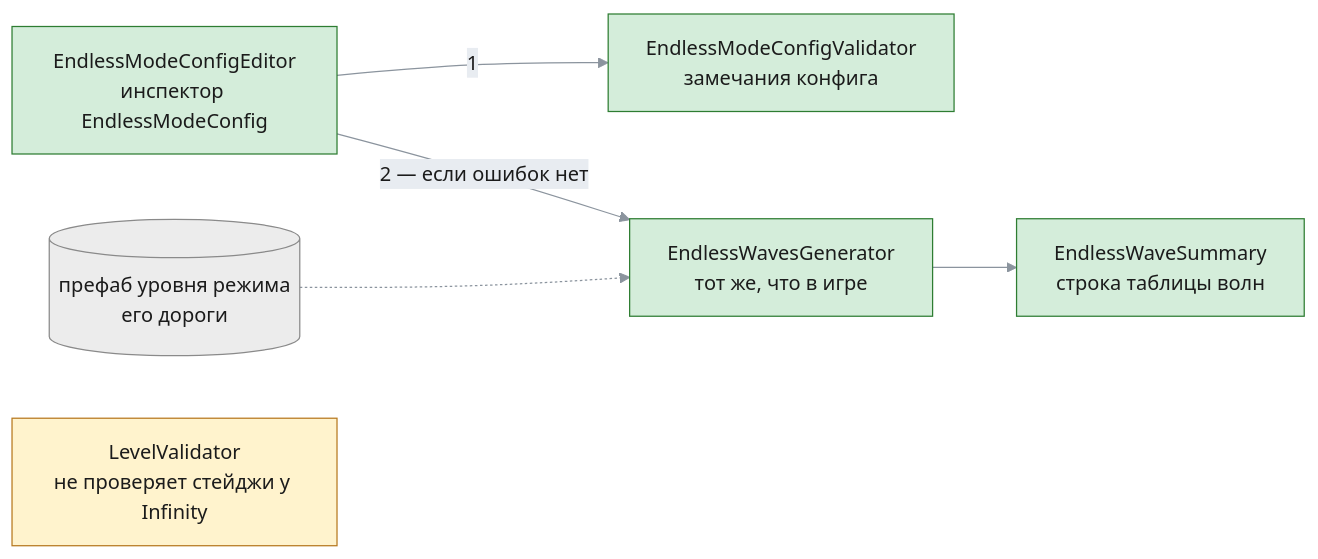
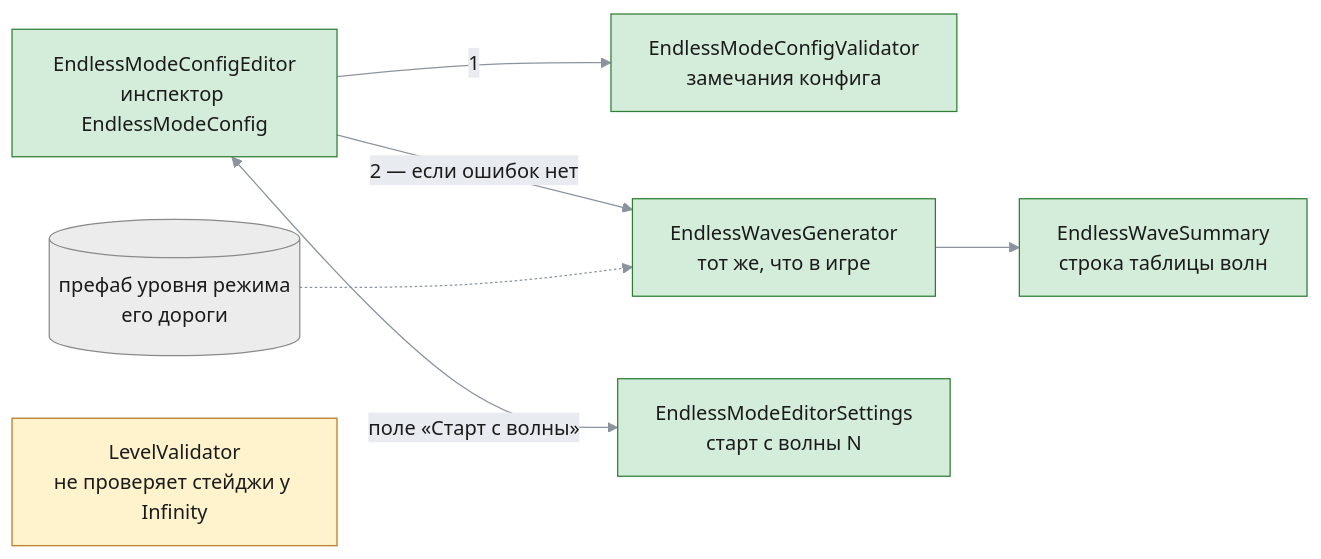
Before and after one commit to TheImperialGuard/KingdomStandTD: diagram 22 of 24 in Docs/EndlessModeArchitecture.md, drawn with Mermaid. The commit also changed other lines of this file, not shown here.

Commit message:
docs(endless): Draw the bosses, health growth and wave call of the endless mode

````diff
--- a/Docs/EndlessModeArchitecture.md
+++ b/Docs/EndlessModeArchitecture.md
@@ -450,19 +680,22 @@
 ```mermaid
 %%{init: {"theme": "base", "themeVariables": {"primaryColor": "#dbe9f9", "primaryTextColor": "#1b1b1b", "primaryBorderColor": "#5b8fd1", "lineColor": "#8b949e", "textColor": "#8b949e", "edgeLabelBackground": "#e8ecf1", "clusterBkg": "rgba(139,148,158,0.10)", "clusterBorder": "#8b949e", "titleColor": "#8b949e"}}}%%
 flowchart LR
     classDef new fill:#d4edda,stroke:#2e7d32,color:#1b1b1b
     classDef changed fill:#fff3cd,stroke:#b7791f,color:#1b1b1b
     classDef old fill:#ececec,stroke:#8a8a8a,color:#1b1b1b
 
     Editor["EndlessModeConfigEditor<br/>инспектор EndlessModeConfig"]:::new
     Validator["EndlessModeConfigValidator<br/>замечания конфига"]:::new
     Gen["EndlessWavesGenerator<br/>тот же, что в игре"]:::new
     Summary["EndlessWaveSummary<br/>строка таблицы волн"]:::new
     Prefab[("префаб уровня режима<br/>его дороги")]:::old
     LevelValidator["LevelValidator<br/>не проверяет стейджи у Infinity"]:::changed
 
+    Prefs["EndlessModeEditorSettings<br/>старт с волны N"]:::new
+
     Editor -->|1| Validator
     Editor -->|2 — если ошибок нет| Gen
     Prefab -.-> Gen
     Gen --> Summary
+    Editor <-->|поле «Старт с волны»| Prefs
 ```
````
